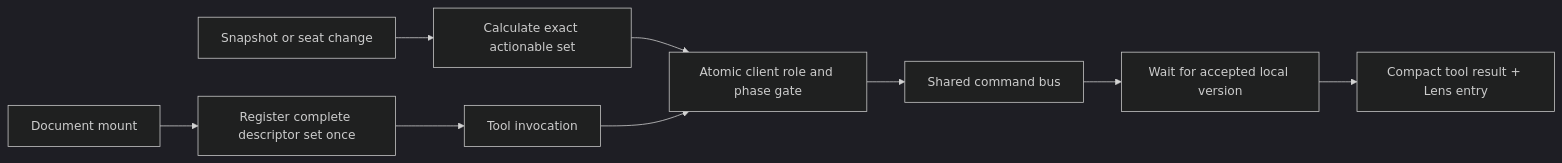
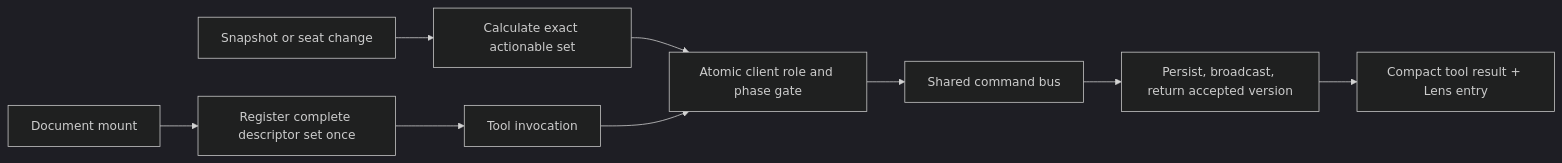
One commit to yaboijbigs/mcpencil changed the fourth of 4 diagrams in docs/ARCHITECTURE.md. Above: the diagram before and after it, drawn with Mermaid (dark theme). The commit also changed other lines of this file and 41 other files, not shown here.

````diff
--- a/docs/ARCHITECTURE.md
+++ b/docs/ARCHITECTURE.md
@@ -121,11 +122,11 @@
 ```mermaid
 flowchart LR
     MOUNT[Document mount] --> REG[Register complete descriptor set once]
     SNAP[Snapshot or seat change] --> CALC[Calculate exact actionable set]
     REG --> CALL[Tool invocation]
     CALC --> GATE[Atomic client role and phase gate]
     CALL --> GATE
     GATE --> BUS[Shared command bus]
-    BUS --> ACK[Wait for accepted local version]
+    BUS --> ACK[Persist, broadcast, return accepted version]
     ACK --> RESULT[Compact tool result + Lens entry]
 ```
````
